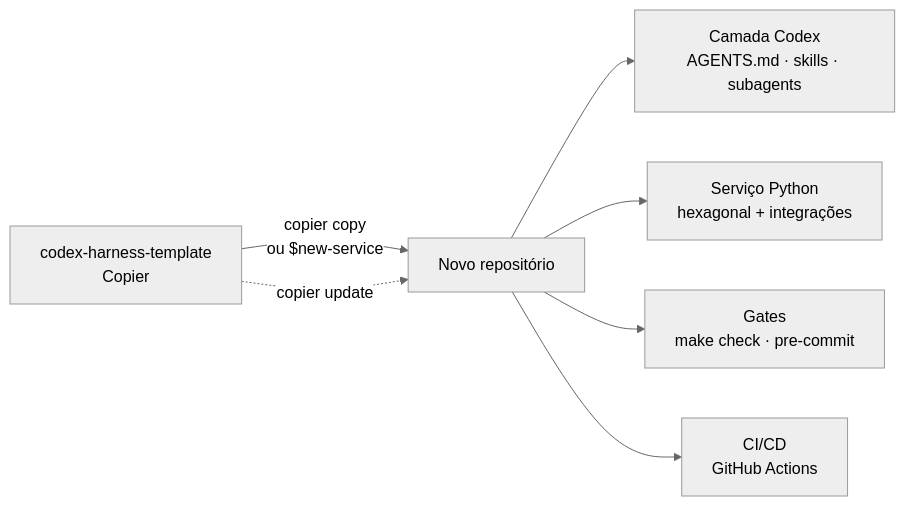
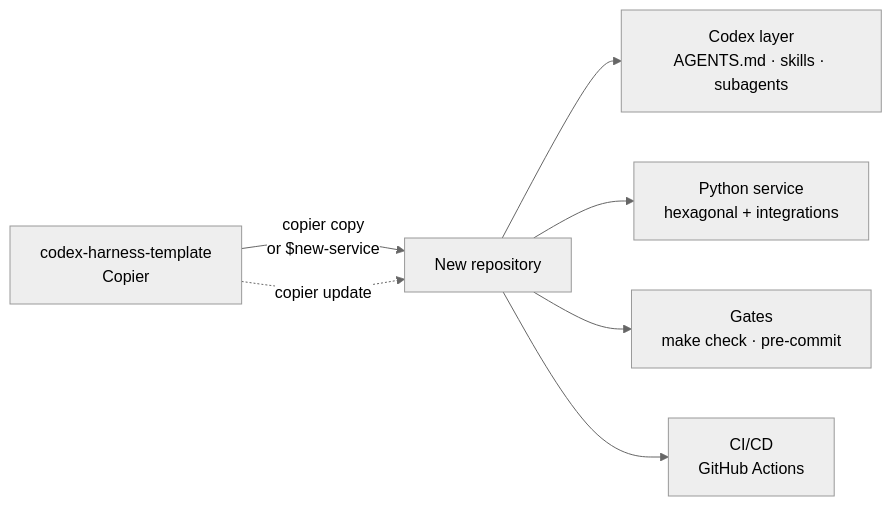
The first of 4 diagrams in README.md (spassos/codex-harness-template), drawn with Mermaid (neutral theme) before and after one commit. The commit also changed other lines of this file, not shown here.

````diff
--- a/README.md
+++ b/README.md
@@ -50,9 +50,9 @@
 ```mermaid
 flowchart LR
-  T[codex-harness-template<br/>Copier] -->|copier copy<br/>ou $new-service| R[Novo repositório]
-  R --> C[Camada Codex<br/>AGENTS.md · skills · subagents]
-  R --> S[Serviço Python<br/>hexagonal + integrações]
+  T[codex-harness-template<br/>Copier] -->|copier copy<br/>or $new-service| R[New repository]
+  R --> C[Codex layer<br/>AGENTS.md · skills · subagents]
+  R --> S[Python service<br/>hexagonal + integrations]
   R --> G[Gates<br/>make check · pre-commit]
   R --> P[CI/CD<br/>GitHub Actions]
   T -.copier update.-> R
 ```
````
